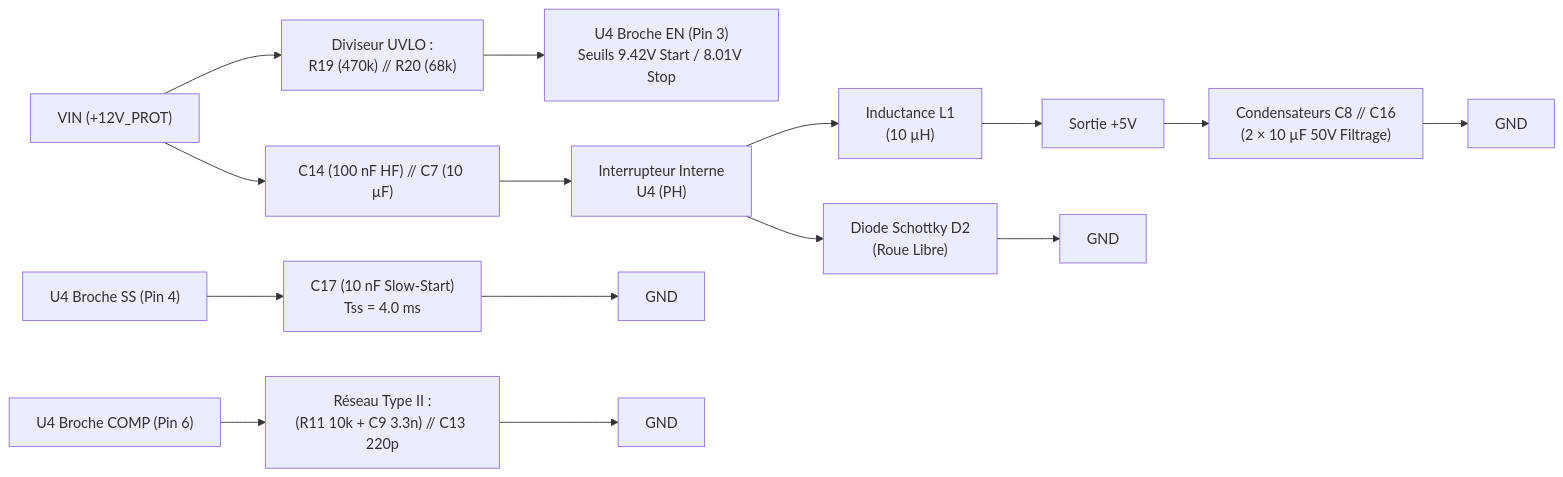
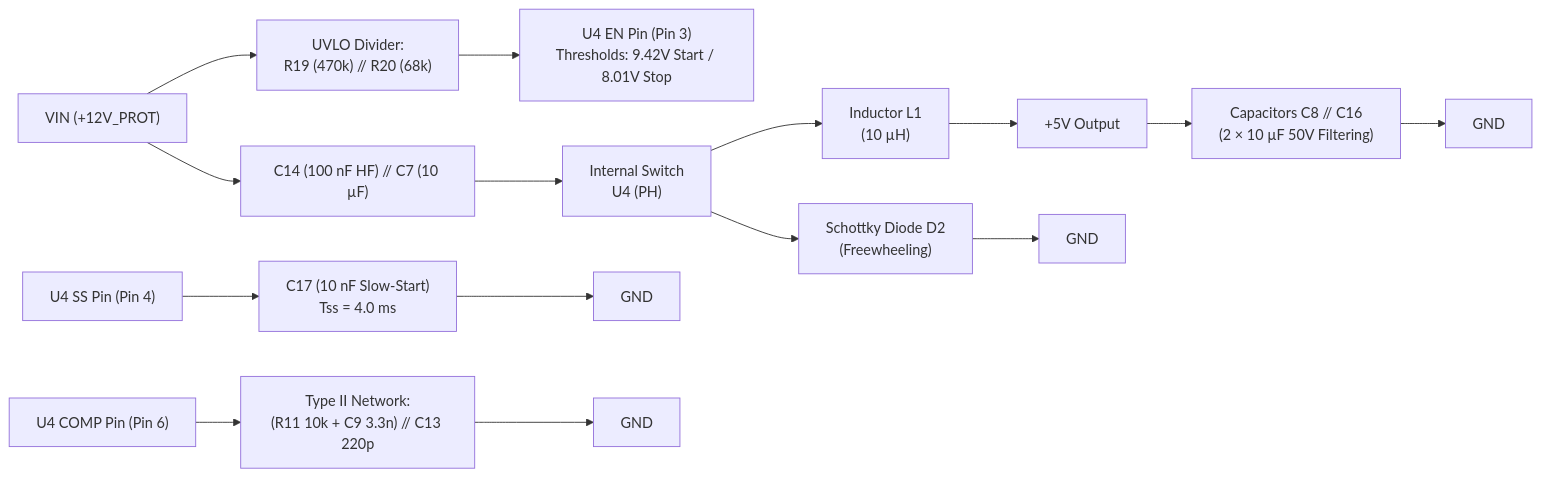
The third of 13 diagrams in documents/hardware.md (nitrogene/OBD2), drawn with Mermaid before and after one commit. The commit also changed other lines of this file and 20 other files, not shown here.

````diff
--- a/documents/hardware.md
+++ b/documents/hardware.md
@@ -150,22 +173,30 @@
 ```mermaid
 %%{init: {
   'themeVariables': {
     'fontFamily': 'Consolas, "Courier New", monospace',
     'fontSize': '12px'
   },
   'flowchart': {
     'curve': 'stepBefore',
     'nodeSpacing': 20,
     'rankSpacing': 30
   }
 }}%%
 flowchart LR
     VIN["VIN (+12V_PROT)"] --> C14["C14 (100 nF HF) // C7 (10 µF)"]
-    VIN --> UVLO["Diviseur UVLO :\nR19 (470k) // R20 (68k)"] --> U4_EN["U4 Broche EN (Pin 3)\nSeuils 9.42V Start / 8.01V Stop"]
-    C14 --> U4_SW["Interrupteur Interne\nU4 (PH)"]
-    U4_SW --> L1["Inductance L1\n(10 µH)"] --> VOUT["Sortie +5V"]
-    U4_SW --> D2["Diode Schottky D2\n(Roue Libre)"] --> GND1["GND"]
-    VOUT --> C8_C16["Condensateurs C8 // C16\n(2 × 10 µF 50V Filtrage)"] --> GND2["GND"]
-    U4_SS["U4 Broche SS (Pin 4)"] --> C17["C17 (10 nF Slow-Start)\nTss = 4.0 ms"] --> GND4["GND"]
-    U4_COMP["U4 Broche COMP (Pin 6)"] --> COMP_NET["Réseau Type II :\n(R11 10k + C9 3.3n) // C13 220p"] --> GND3["GND"]
+    VIN --> UVLO["UVLO Divider:
+R19 (470k) // R20 (68k)"] --> U4_EN["U4 EN Pin (Pin 3)
+Thresholds: 9.42V Start / 8.01V Stop"]
+    C14 --> U4_SW["Internal Switch
+U4 (PH)"]
+    U4_SW --> L1["Inductor L1
+(10 µH)"] --> VOUT["+5V Output"]
+    U4_SW --> D2["Schottky Diode D2
+(Freewheeling)"] --> GND1["GND"]
+    VOUT --> C8_C16["Capacitors C8 // C16
+(2 × 10 µF 50V Filtering)"] --> GND2["GND"]
+    U4_SS["U4 SS Pin (Pin 4)"] --> C17["C17 (10 nF Slow-Start)
+Tss = 4.0 ms"] --> GND4["GND"]
+    U4_COMP["U4 COMP Pin (Pin 6)"] --> COMP_NET["Type II Network:
+(R11 10k + C9 3.3n) // C13 220p"] --> GND3["GND"]
 ```
````
